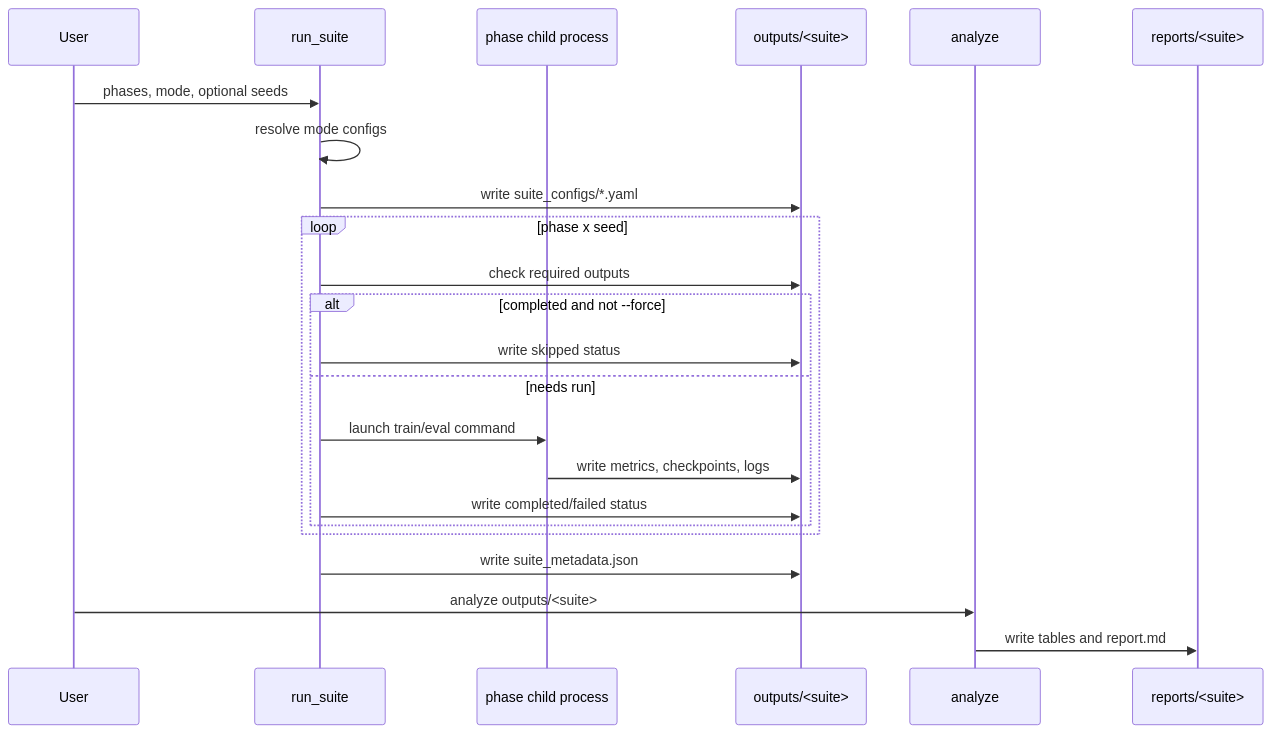
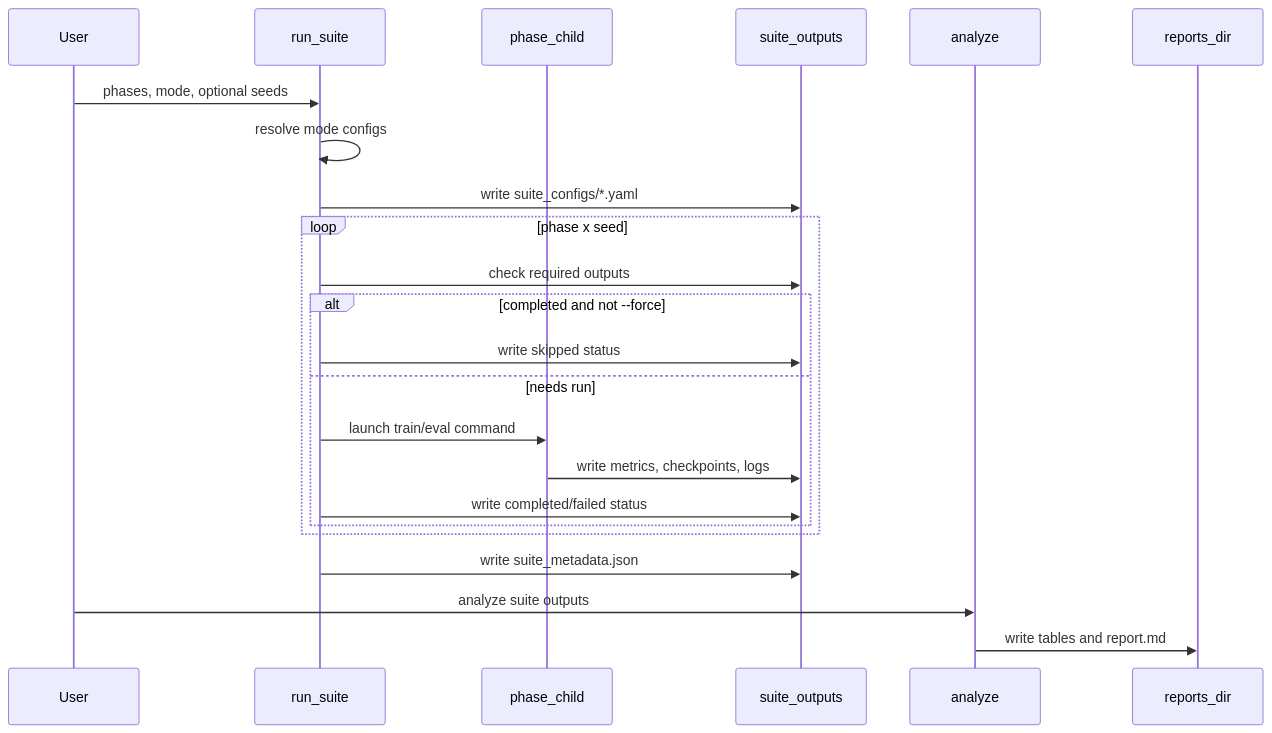
The third of 9 diagrams in README.md (gustavorubim/jepa-benchmark), drawn with Mermaid before and after one commit. The commit also changed other lines of this file, not shown here.

````diff
--- a/README.md
+++ b/README.md
@@ -98,26 +98,26 @@
 ```mermaid
 sequenceDiagram
     participant User
     participant Suite as run_suite
-    participant Child as phase child process
-    participant Out as outputs/<suite>
+    participant Child as phase_child
+    participant Out as suite_outputs
     participant Analyze as analyze
-    participant Reports as reports/<suite>
+    participant Reports as reports_dir
 
     User->>Suite: phases, mode, optional seeds
     Suite->>Suite: resolve mode configs
     Suite->>Out: write suite_configs/*.yaml
     loop phase x seed
         Suite->>Out: check required outputs
         alt completed and not --force
             Suite->>Out: write skipped status
         else needs run
             Suite->>Child: launch train/eval command
             Child->>Out: write metrics, checkpoints, logs
             Suite->>Out: write completed/failed status
         end
     end
     Suite->>Out: write suite_metadata.json
-    User->>Analyze: analyze outputs/<suite>
+    User->>Analyze: analyze suite outputs
     Analyze->>Reports: write tables and report.md
 ```
````
